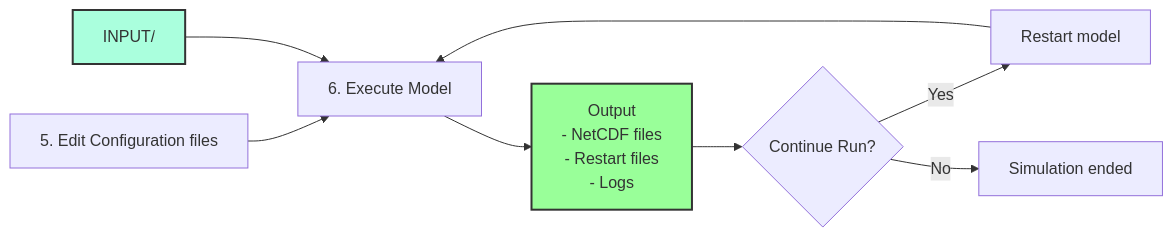
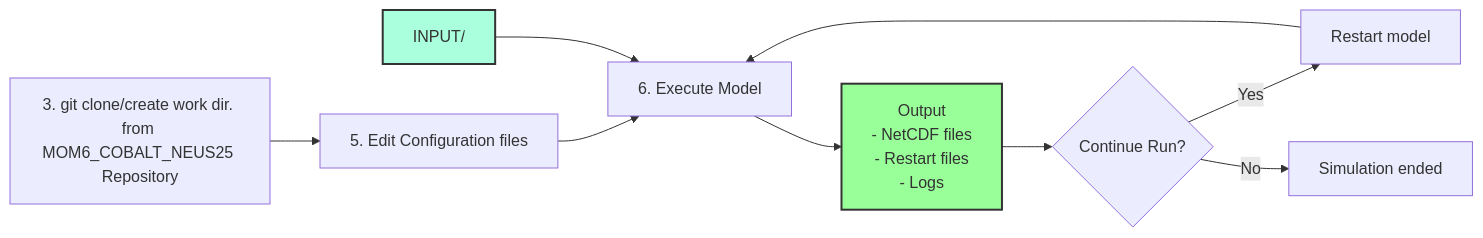
Before and after one commit to dksasaki/MOM6_COBALT_NEUS25: the second of 2 diagrams in README2.md, drawn with Mermaid.

Commit message:
minor changes

````diff
--- a/README2.md
+++ b/README2.md
@@ -39,17 +39,19 @@
 ```mermaid
 flowchart LR
+    D0[3. git clone/create work dir. from MOM6_COBALT_NEUS25 Repository] --> A
     A[5. Edit Configuration files] --> D
     
     B[INPUT/]
     
+
     B --> D[6. Execute Model]
     D --> E[Output<br/>- NetCDF files<br/>- Restart files<br/>- Logs]
     
     E --> F{Continue Run?}
     F -->|Yes| G[Restart model]
     G --> D
     F -->|No| H[Simulation ended]
     
     style B fill:#afd,stroke:#333,stroke-width:2px
     style E fill:#9f9,stroke:#333,stroke-width:2px
 ```
````
